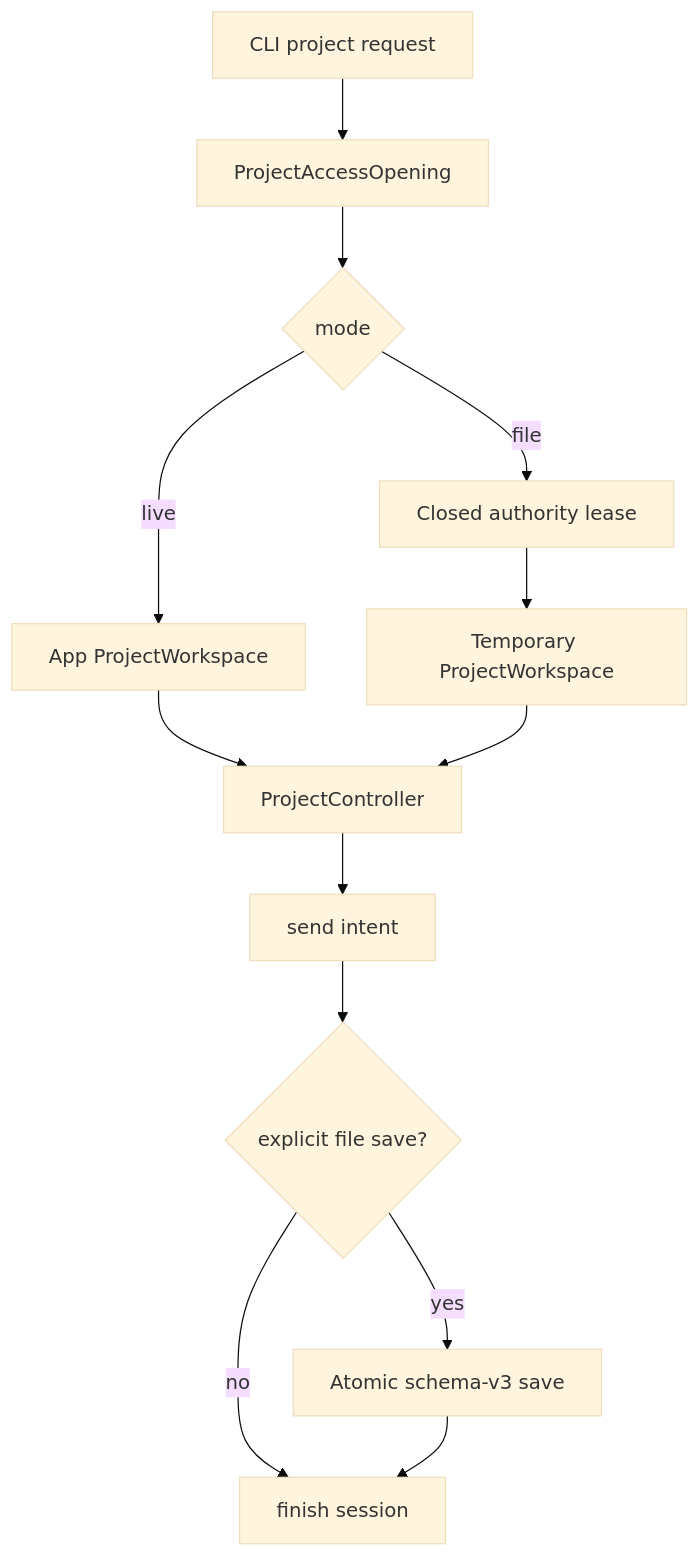
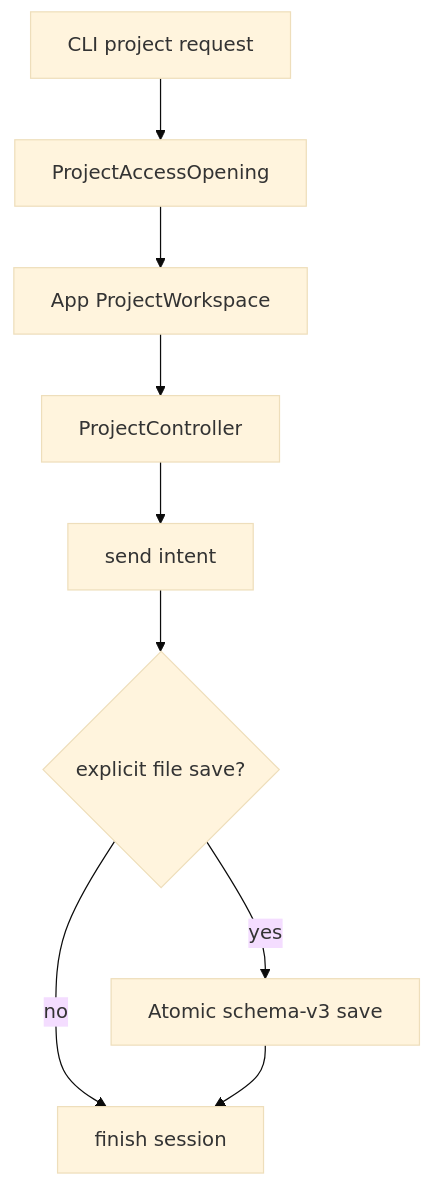
One commit to 1amageek/Rupa changed diagram 26 of 26 in Rupa/SPEC.md. Above: the diagram before and after it, drawn with Mermaid (base theme). The commit also changed other lines of this file and 133 other files, not shown here.

````diff
--- a/Rupa/SPEC.md
+++ b/Rupa/SPEC.md
@@ -1435,15 +1427,11 @@
 ```mermaid
 flowchart TD
     Request["CLI project request"] --> Access["ProjectAccessOpening"]
-    Access --> Live{"mode"}
-    Live -->|live| Workspace["App ProjectWorkspace"]
-    Live -->|file| Acquire["Closed authority lease"]
-    Acquire --> Temporary["Temporary ProjectWorkspace"]
+    Access --> Workspace["App ProjectWorkspace"]
     Workspace --> Controller["ProjectController"]
-    Temporary --> Controller
     Controller --> Send["send intent"]
     Send --> Save{"explicit file save?"}
     Save -->|yes| Atomic["Atomic schema-v3 save"]
     Save -->|no| Finish["finish session"]
     Atomic --> Finish
 ```
````
